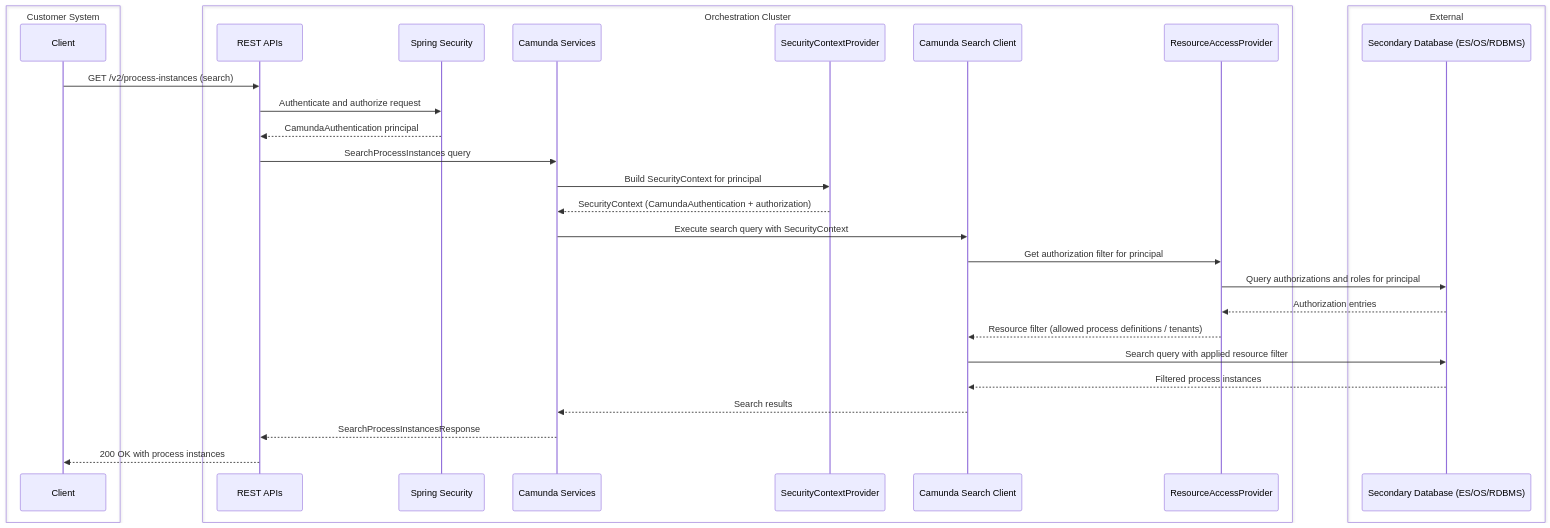
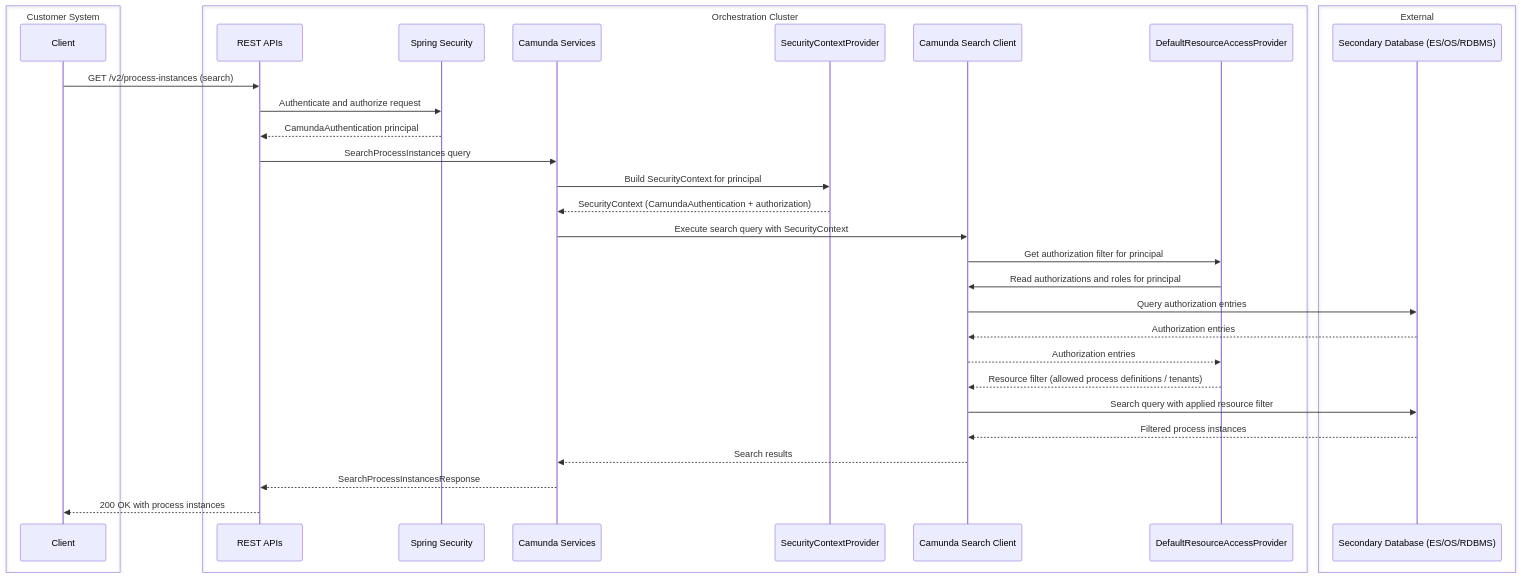
Before and after one commit to camunda/camunda: diagram 15 of 17 in docs/identity/architecture-documentation.md, drawn with Mermaid. The commit also changed other lines of this file and 4 other files, not shown here.

Commit message:
docs: update identity arc42 architecture documentation based on review

````diff
--- a/docs/identity/architecture-documentation.md
+++ b/docs/identity/architecture-documentation.md
@@ -674,34 +746,36 @@
 ```mermaid
 sequenceDiagram
   box Customer System
     participant CLIENT as Client
   end
   box Orchestration Cluster
     participant REST as REST APIs
     participant SS as Spring Security
     participant CAMUNDA_SERVICES as Camunda Services
     participant SC_PROVIDER as SecurityContextProvider
     participant CAMUNDA_SEARCH_CLIENT as Camunda Search Client
-    participant RESOURCE_ACCESS as ResourceAccessProvider
+    participant RESOURCE_ACCESS as DefaultResourceAccessProvider
   end
   box External
     participant SECONDARY_DB as Secondary Database (ES/OS/RDBMS)
   end
 
   CLIENT->>REST: GET /v2/process-instances (search)
   REST->>SS: Authenticate and authorize request
   SS-->>REST: CamundaAuthentication principal
   REST->>CAMUNDA_SERVICES: SearchProcessInstances query
   CAMUNDA_SERVICES->>SC_PROVIDER: Build SecurityContext for principal
   SC_PROVIDER-->>CAMUNDA_SERVICES: SecurityContext (CamundaAuthentication + authorization)
   CAMUNDA_SERVICES->>CAMUNDA_SEARCH_CLIENT: Execute search query with SecurityContext
   CAMUNDA_SEARCH_CLIENT->>RESOURCE_ACCESS: Get authorization filter for principal
-  RESOURCE_ACCESS->>SECONDARY_DB: Query authorizations and roles for principal
-  SECONDARY_DB-->>RESOURCE_ACCESS: Authorization entries
+  RESOURCE_ACCESS->>CAMUNDA_SEARCH_CLIENT: Read authorizations and roles for principal
+  CAMUNDA_SEARCH_CLIENT->>SECONDARY_DB: Query authorization entries
+  SECONDARY_DB-->>CAMUNDA_SEARCH_CLIENT: Authorization entries
+  CAMUNDA_SEARCH_CLIENT-->>RESOURCE_ACCESS: Authorization entries
   RESOURCE_ACCESS-->>CAMUNDA_SEARCH_CLIENT: Resource filter (allowed process definitions / tenants)
   CAMUNDA_SEARCH_CLIENT->>SECONDARY_DB: Search query with applied resource filter
   SECONDARY_DB-->>CAMUNDA_SEARCH_CLIENT: Filtered process instances
   CAMUNDA_SEARCH_CLIENT-->>CAMUNDA_SERVICES: Search results
   CAMUNDA_SERVICES-->>REST: SearchProcessInstancesResponse
   REST-->>CLIENT: 200 OK with process instances
 ```
````
